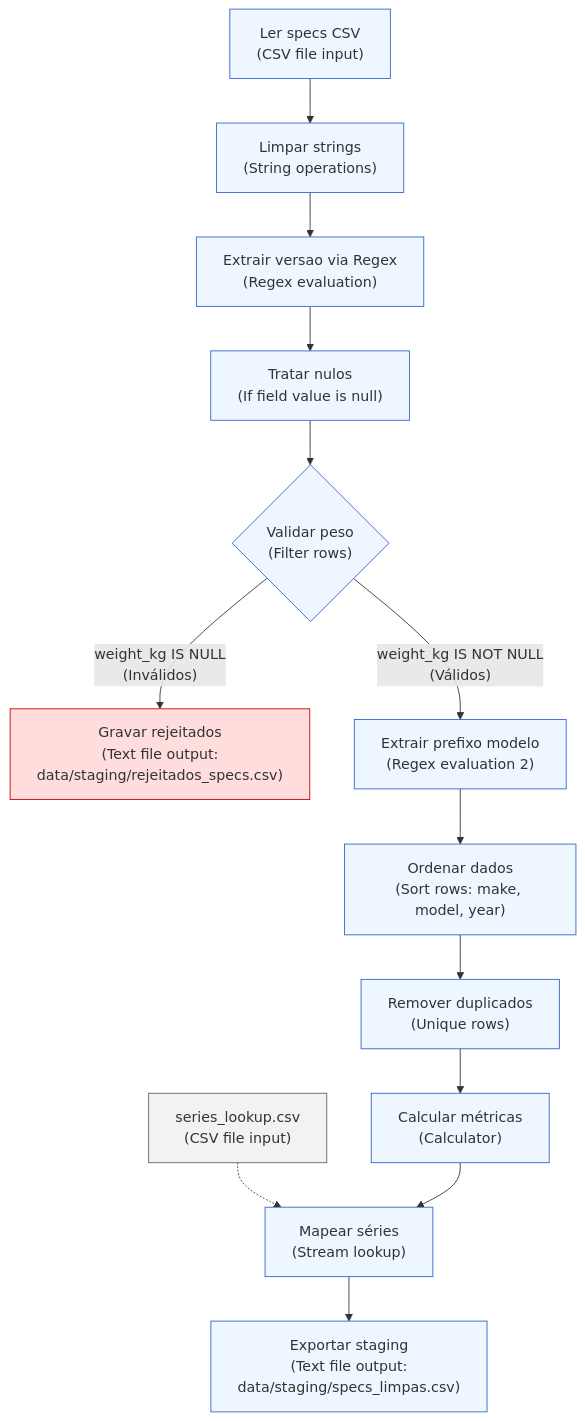
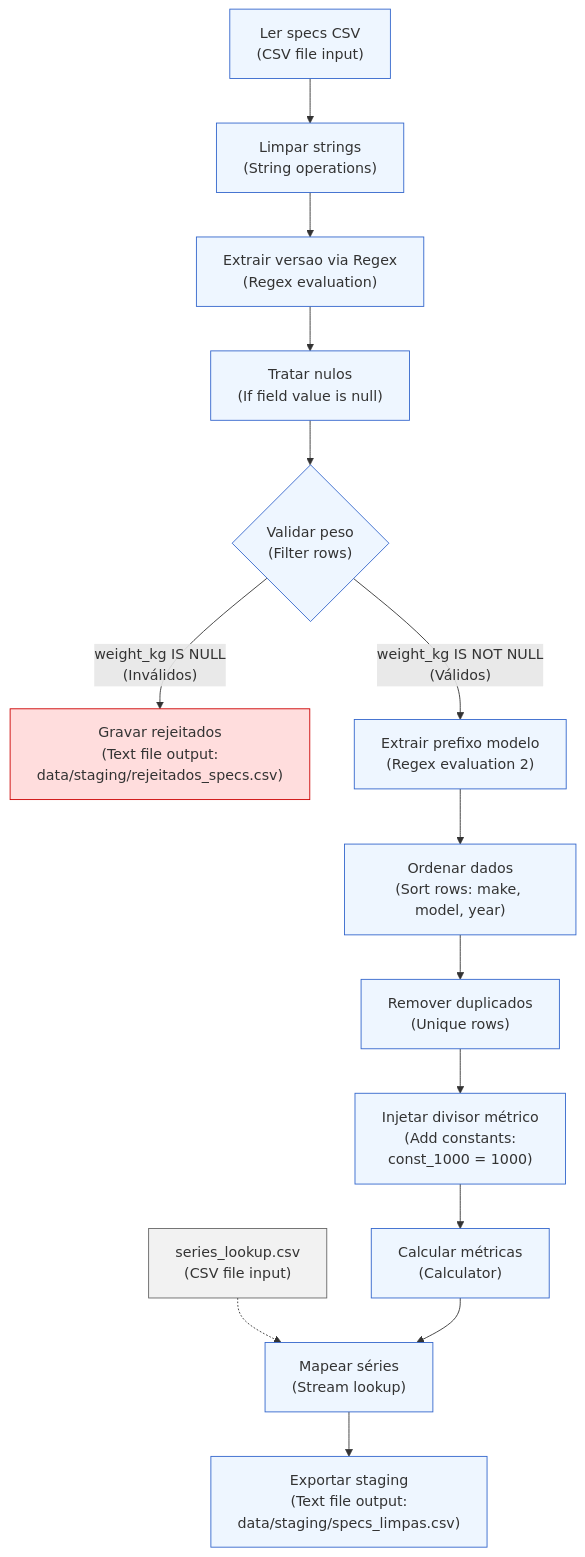
The diagram in docs/decisoes_etl.md (goncaloalo/isi-tp1-performance-fiabilidade), drawn with Mermaid before and after one commit. The commit also changed other lines of this file and 1 other file, not shown here.

Commit message:
docs: documentar step Add constants e ajustar fluxo de calculo no T1

````diff
--- a/docs/decisoes_etl.md
+++ b/docs/decisoes_etl.md
@@ -26,28 +26,29 @@
 ```mermaid
 flowchart TD
     A["Ler specs CSV\n(CSV file input)"] --> B["Limpar strings\n(String operations)"]
     B --> C["Extrair versao via Regex\n(Regex evaluation)"]
     C --> D["Tratar nulos\n(If field value is null)"]
     D --> E{"Validar peso\n(Filter rows)"}
     
     %% Desvio de qualidade
     E -- "weight_kg IS NULL\n(Inválidos)" --> REJ["Gravar rejeitados\n(Text file output:\ndata/staging/rejeitados_specs.csv)"]
     
     %% Fluxo principal
     E -- "weight_kg IS NOT NULL\n(Válidos)" --> F["Extrair prefixo modelo\n(Regex evaluation 2)"]
     F --> G["Ordenar dados\n(Sort rows: make, model, year)"]
     G --> H["Remover duplicados\n(Unique rows)"]
-    H --> I["Calcular métricas\n(Calculator)"]
+    H --> CONST["Injetar divisor métrico\n(Add constants:\nconst_1000 = 1000)"]
+    CONST --> I["Calcular métricas\n(Calculator)"]
     
     LOOKUP["series_lookup.csv\n(CSV file input)"] -.-> J["Mapear séries\n(Stream lookup)"]
     I --> J
     
     J --> K["Exportar staging\n(Text file output:\ndata/staging/specs_limpas.csv)"]
 
     classDef reject fill:#ffdddd,stroke:#cc0000,stroke-width:1px;
     classDef step fill:#eef6ff,stroke:#3366cc,stroke-width:1px;
     classDef source fill:#f2f2f2,stroke:#666666,stroke-width:1px;
     class REJ reject;
-    class A,B,C,D,E,F,G,H,I,J,K step;
+    class A,B,C,D,E,F,G,H,CONST,I,J,K step;
     class LOOKUP source;
 ```
````
